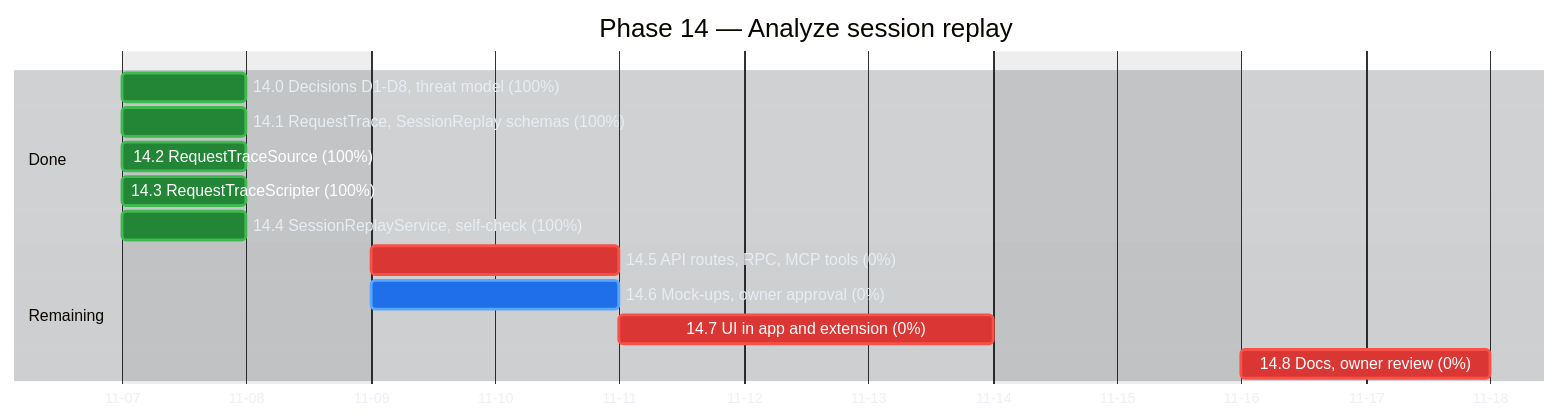
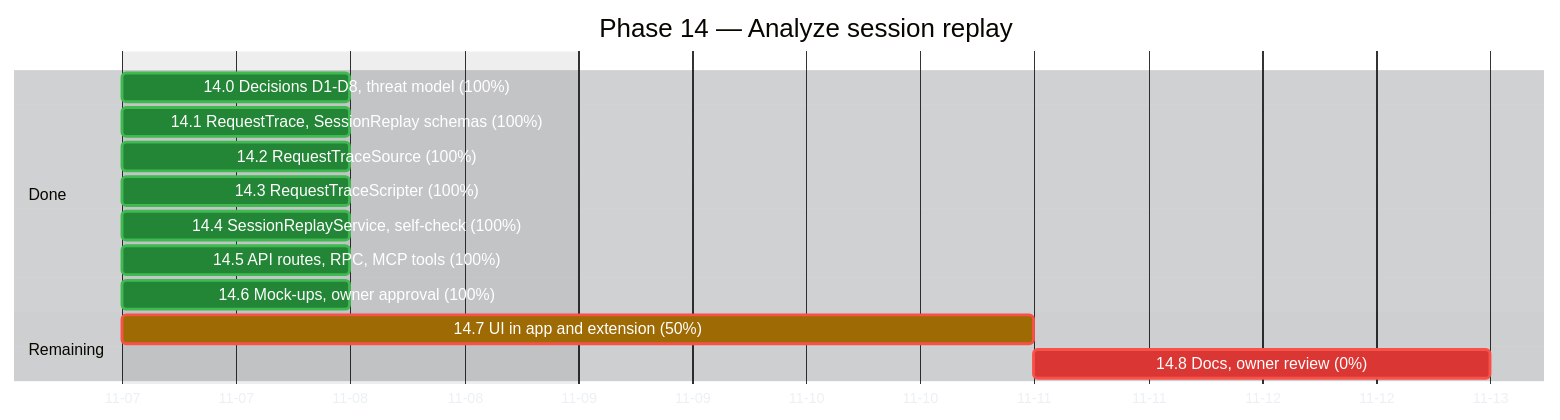
Before and after one commit to raulkivi/agent-cost-analyzer: the third of 3 diagrams in docs/implementation-plan-gantt.md, drawn with Mermaid. The commit also changed other lines of this file and 1 other file, not shown here.

First line of the commit message:
Gantt: Phase 14 steps 14.5 and 14.6 done, 14.7 in progress

````diff
--- a/docs/implementation-plan-gantt.md
+++ b/docs/implementation-plan-gantt.md
@@ -196,47 +196,47 @@
 ```mermaid
 %%{init: {
   "theme": "base",
   "themeVariables": {
     "darkMode": true,
     "background": "#0d1117",
     "textColor": "#e6edf3",
     "primaryTextColor": "#e6edf3",
     "lineColor": "#8b949e",
     "sectionBkgColor": "#161b22",
     "sectionBkgColor2": "#1c2129",
     "altSectionBkgColor": "#0d1117",
     "gridColor": "#30363d",
     "todayLineColor": "#f85149",
     "taskBkgColor": "#1f6feb",
     "taskBorderColor": "#58a6ff",
     "taskTextColor": "#ffffff",
     "taskTextLightColor": "#ffffff",
     "taskTextDarkColor": "#ffffff",
     "taskTextOutsideColor": "#e6edf3",
     "doneTaskBkgColor": "#238636",
     "doneTaskBorderColor": "#3fb950",
     "activeTaskBkgColor": "#9e6a03",
     "activeTaskBorderColor": "#d29922",
     "critBkgColor": "#da3633",
     "critBorderColor": "#f85149"
   }
 }}%%
 gantt
     title Phase 14 — Analyze session replay
     dateFormat YYYY-MM-DD
     axisFormat %m-%d
     excludes weekends
 
     section Done
     14.0 Decisions D1-D8, threat model (100%)       :done, s0, 2026-11-07, 1d
     14.1 RequestTrace, SessionReplay schemas (100%) :done, s1, 2026-11-07, 1d
     14.2 RequestTraceSource (100%)                  :done, s2, 2026-11-07, 1d
     14.3 RequestTraceScripter (100%)                :done, s3, 2026-11-07, 1d
     14.4 SessionReplayService, self-check (100%)    :done, s4, 2026-11-07, 1d
+    14.5 API routes, RPC, MCP tools (100%)          :done, s5, 2026-11-07, 1d
+    14.6 Mock-ups, owner approval (100%)            :done, s6, 2026-11-07, 1d
 
     section Remaining
-    14.5 API routes, RPC, MCP tools (0%)            :crit, s5, after s4, 2d
-    14.6 Mock-ups, owner approval (0%)              :s6, after s4, 2d
-    14.7 UI in app and extension (0%)               :crit, s7, after s5 s6, 3d
+    14.7 UI in app and extension (50%)              :active, crit, s7, 2026-11-07, 3d
     14.8 Docs, owner review (0%)                    :crit, s8, after s7, 2d
 ```
````
